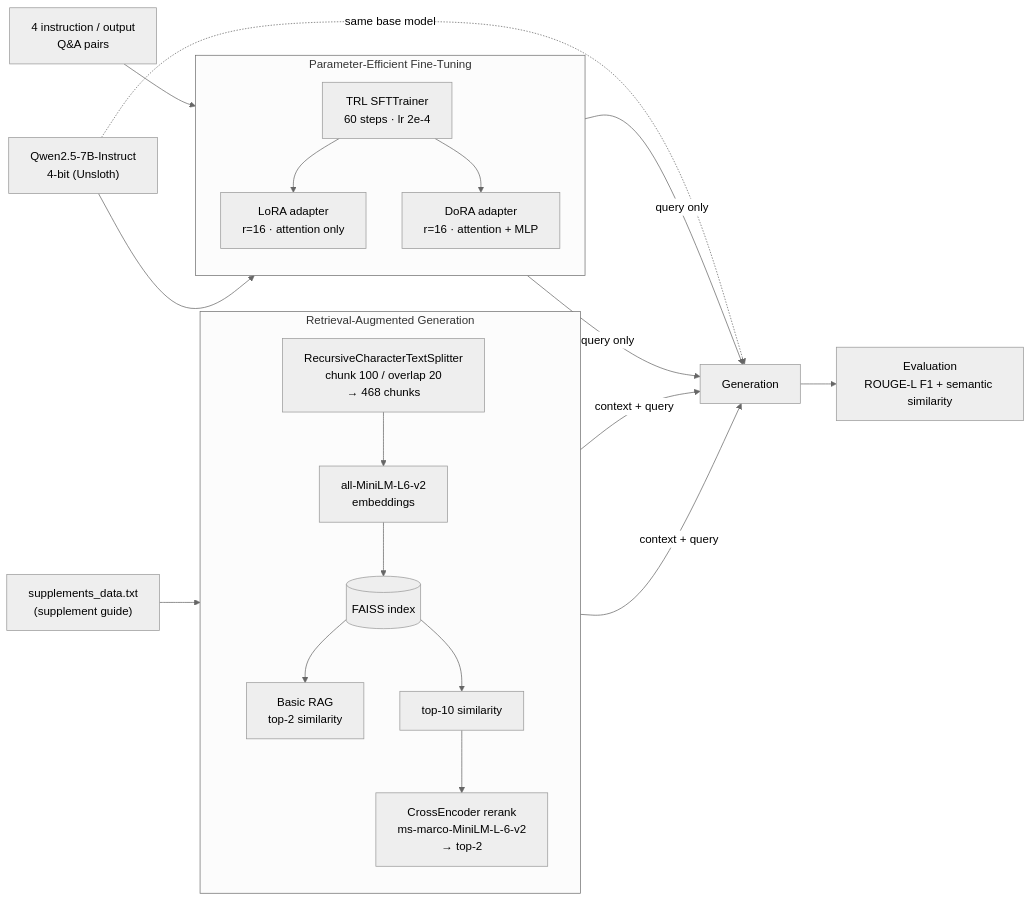
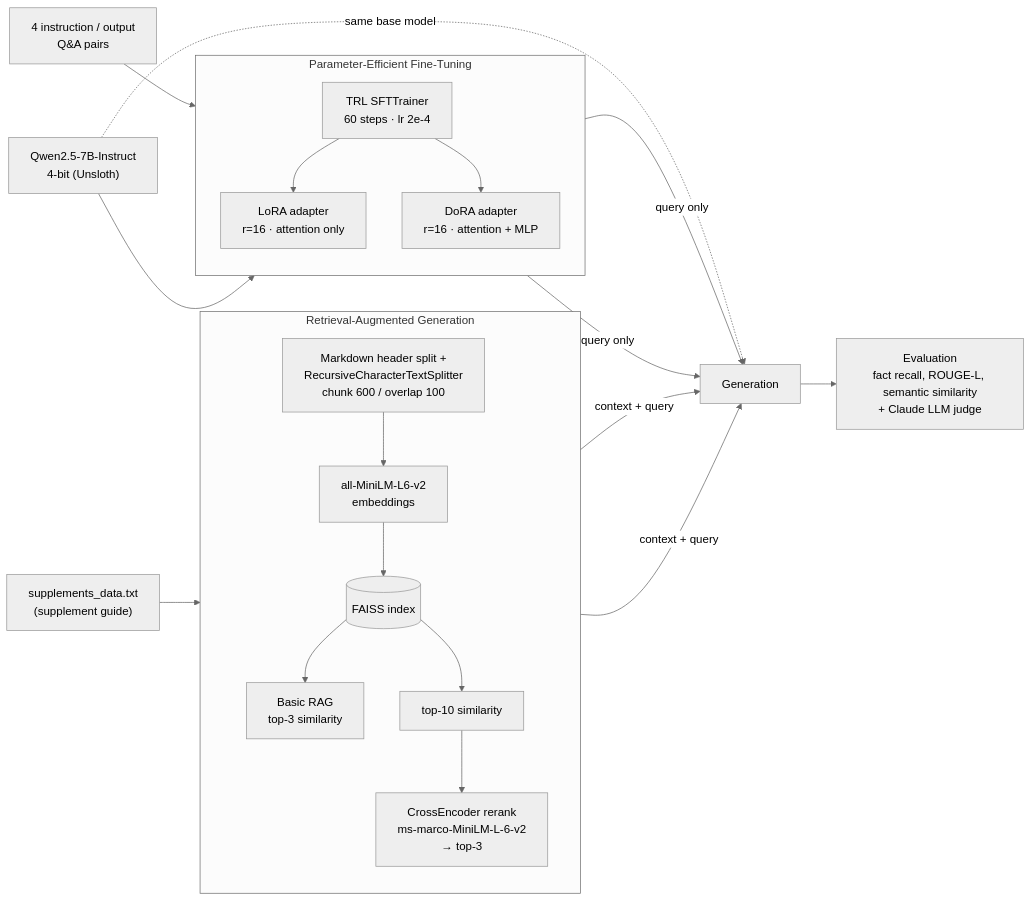
Before and after one commit to dokturdro/ragvsfinetune: the diagram in README.md, drawn with Mermaid (neutral theme). The commit also changed other lines of this file and 1 other file, not shown here.

Commit message:
Add LLM judge

````diff
--- a/README.md
+++ b/README.md
@@ -11,40 +11,40 @@
 ```mermaid
 flowchart LR
     KB["supplements_data.txt<br/>(supplement guide)"]
     QA["4 instruction / output<br/>Q&A pairs"]
     BASE["Qwen2.5-7B-Instruct<br/>4-bit (Unsloth)"]
 
     subgraph RAG["Retrieval-Augmented Generation"]
         direction TB
-        SPLIT["RecursiveCharacterTextSplitter<br/>chunk 100 / overlap 20<br/>→ 468 chunks"]
+        SPLIT["Markdown header split +<br/>RecursiveCharacterTextSplitter<br/>chunk 600 / overlap 100"]
         EMB["all-MiniLM-L6-v2<br/>embeddings"]
         FAISS[("FAISS index")]
-        BASIC["Basic RAG<br/>top-2 similarity"]
+        BASIC["Basic RAG<br/>top-3 similarity"]
         TOP10["top-10 similarity"]
-        RERANK["CrossEncoder rerank<br/>ms-marco-MiniLM-L-6-v2<br/>→ top-2"]
+        RERANK["CrossEncoder rerank<br/>ms-marco-MiniLM-L-6-v2<br/>→ top-3"]
         SPLIT --> EMB --> FAISS
         FAISS --> BASIC
         FAISS --> TOP10 --> RERANK
     end
 
     subgraph FT["Parameter-Efficient Fine-Tuning"]
         direction TB
         SFT["TRL SFTTrainer<br/>60 steps · lr 2e-4"]
         LORA["LoRA adapter<br/>r=16 · attention only"]
         DORA["DoRA adapter<br/>r=16 · attention + MLP"]
         SFT --> LORA
         SFT --> DORA
     end
 
     KB --> SPLIT
     QA --> SFT
     BASE --> SFT
 
     BASIC -- "context + query" --> GEN["Generation"]
     RERANK -- "context + query" --> GEN
     LORA -- "query only" --> GEN
     DORA -- "query only" --> GEN
     BASE -.->|same base model| GEN
 
-    GEN --> EVAL["Evaluation<br/>ROUGE-L F1 + semantic similarity"]
+    GEN --> EVAL["Evaluation<br/>fact recall, ROUGE-L, semantic similarity<br/>+ Claude LLM judge"]
 ```
````
